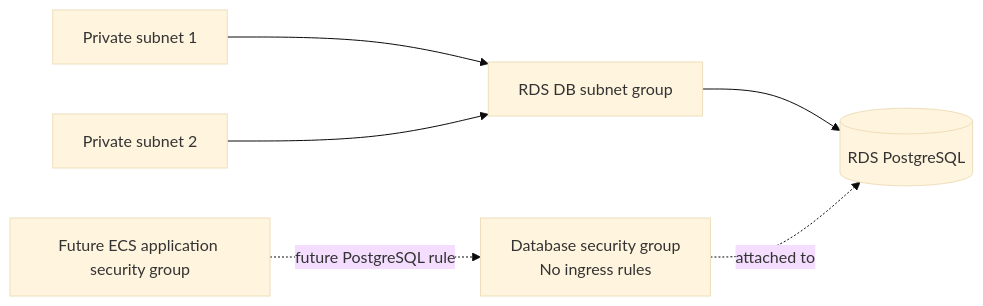
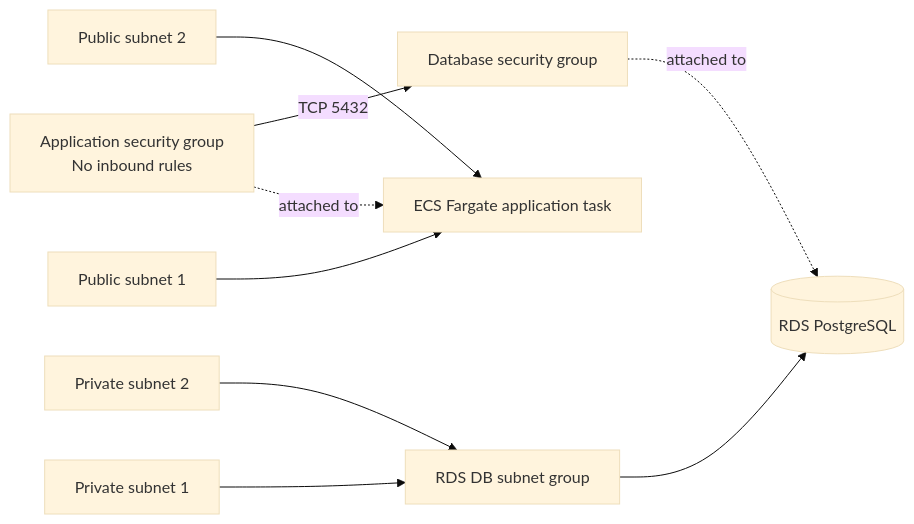
Before and after one commit to istvandezsi/java-cloud-platform-lab: the diagram in terraform/README.md, drawn with Mermaid (base theme). The commit also changed other lines of this file and 5 other files, not shown here.

Commit message:
Add ECS Fargate application service

````diff
--- a/terraform/README.md
+++ b/terraform/README.md
@@ -226,8 +260,13 @@
 ```mermaid
 flowchart LR
+    PublicSubnet1[Public subnet 1] --> Application[ECS Fargate application task]
+    PublicSubnet2[Public subnet 2] --> Application
+    ApplicationSecurityGroup[Application security group<br/>No inbound rules] -. attached to .-> Application
+
     PrivateSubnet1[Private subnet 1] --> SubnetGroup[RDS DB subnet group]
     PrivateSubnet2[Private subnet 2] --> SubnetGroup
     SubnetGroup --> Database[(RDS PostgreSQL)]
-    DatabaseSecurityGroup[Database security group<br/>No ingress rules] -. attached to .-> Database
-    FutureApplicationSecurityGroup[Future ECS application security group] -. future PostgreSQL rule .-> DatabaseSecurityGroup
+
+    DatabaseSecurityGroup[Database security group] -. attached to .-> Database
+    ApplicationSecurityGroup -->|TCP 5432| DatabaseSecurityGroup
 ```
````
